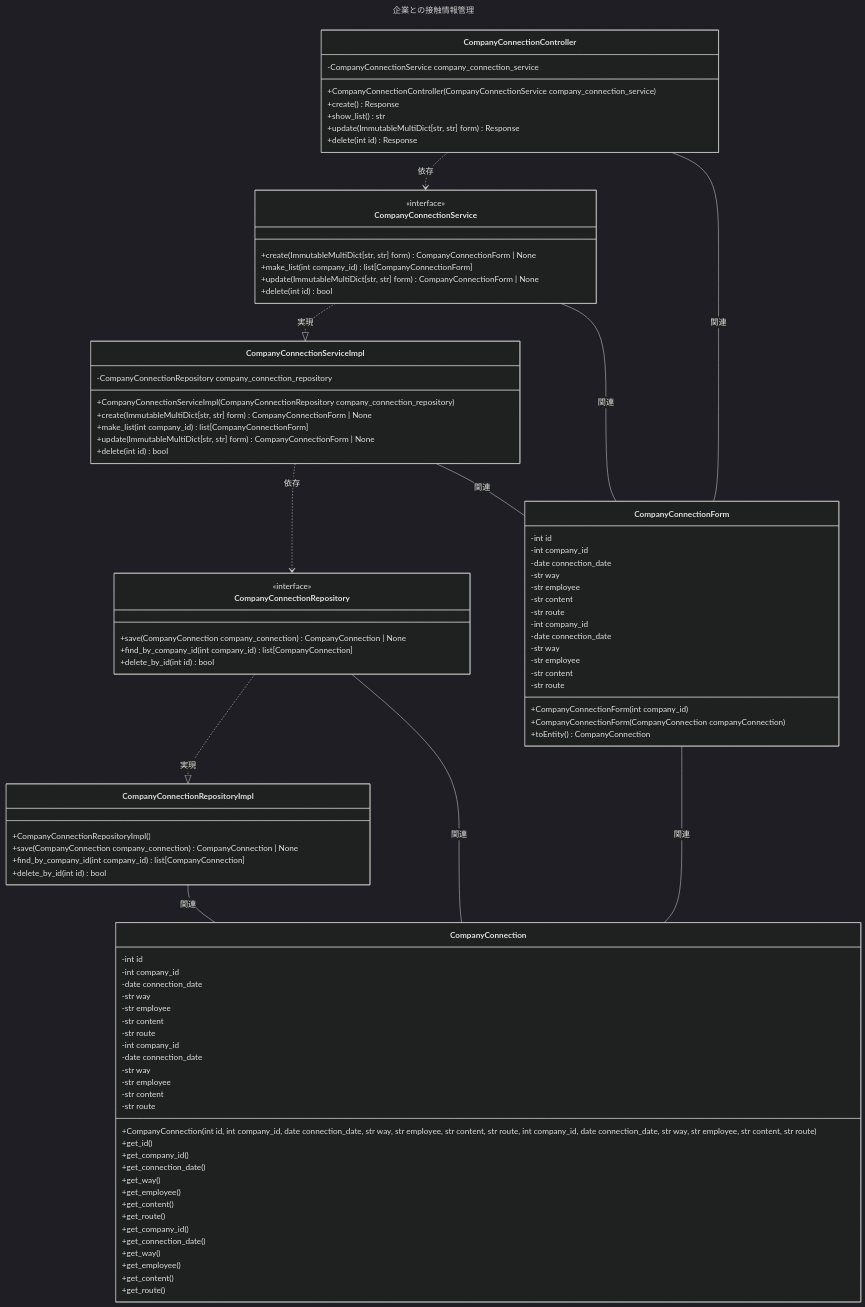
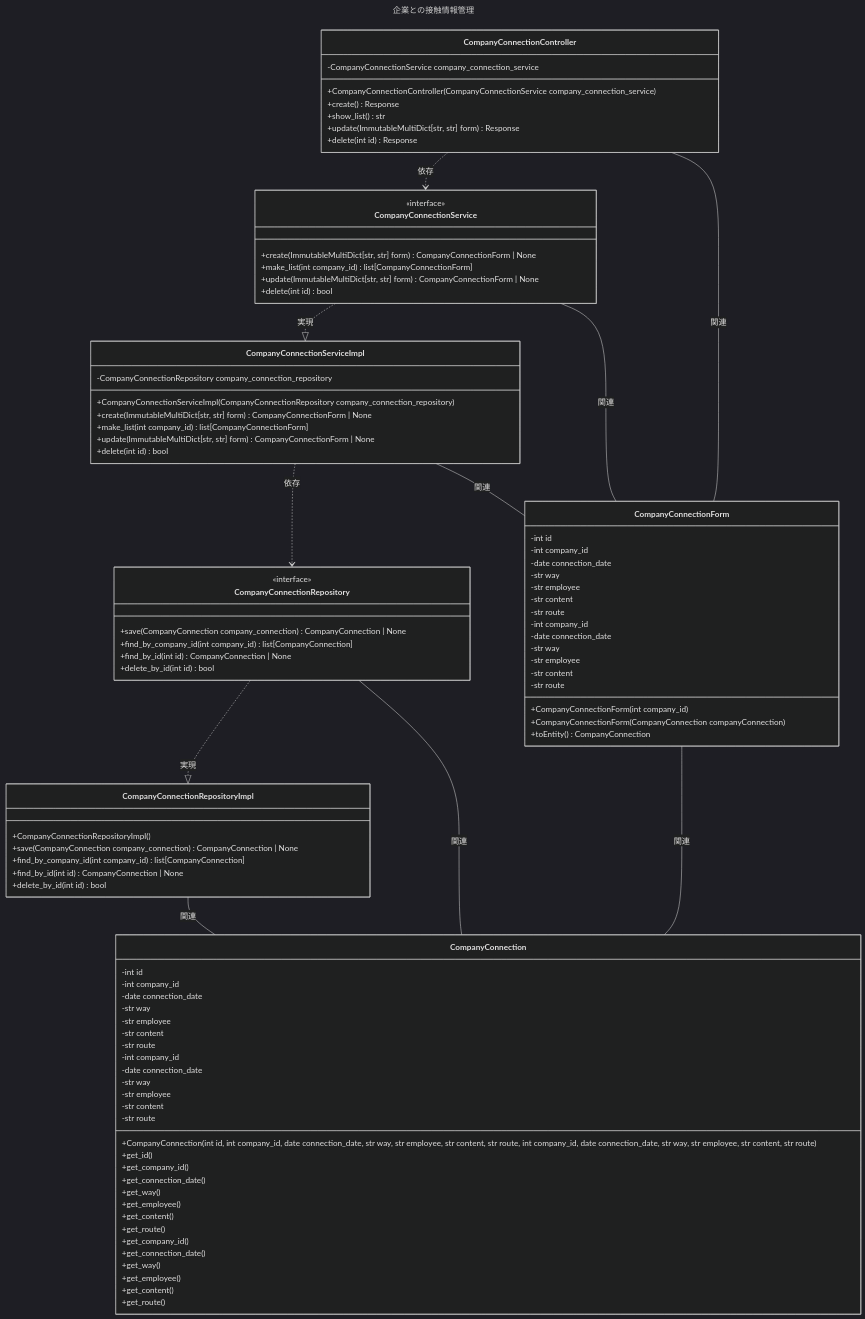
Before and after one commit to kmusicsports/JobCollection: the fourth of 4 diagrams in README.md, drawn with Mermaid (dark theme). The commit also changed other lines of this file and 17 other files, not shown here.

```diff
--- a/README.md
+++ b/README.md
@@ -526,12 +538,14 @@
   class CompanyConnectionRepository {
     +save(CompanyConnection company_connection) CompanyConnection | None
     +find_by_company_id(int company_id) list[CompanyConnection]
+    +find_by_id(int id) CompanyConnection | None
     +delete_by_id(int id) bool
   }
   class CompanyConnectionRepositoryImpl {
     +CompanyConnectionRepositoryImpl()
     +save(CompanyConnection company_connection) CompanyConnection | None
     +find_by_company_id(int company_id) list[CompanyConnection]
+    +find_by_id(int id) CompanyConnection | None
     +delete_by_id(int id) bool
   }
   class CompanyConnectionForm {
```
